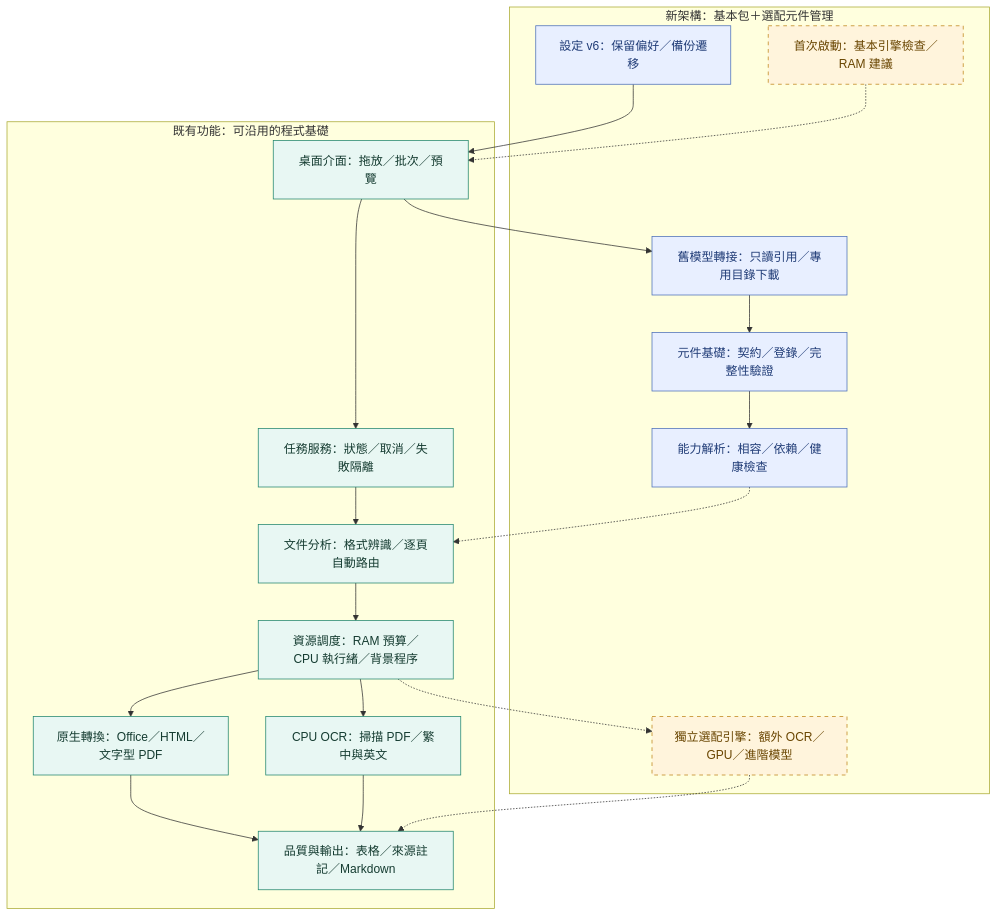
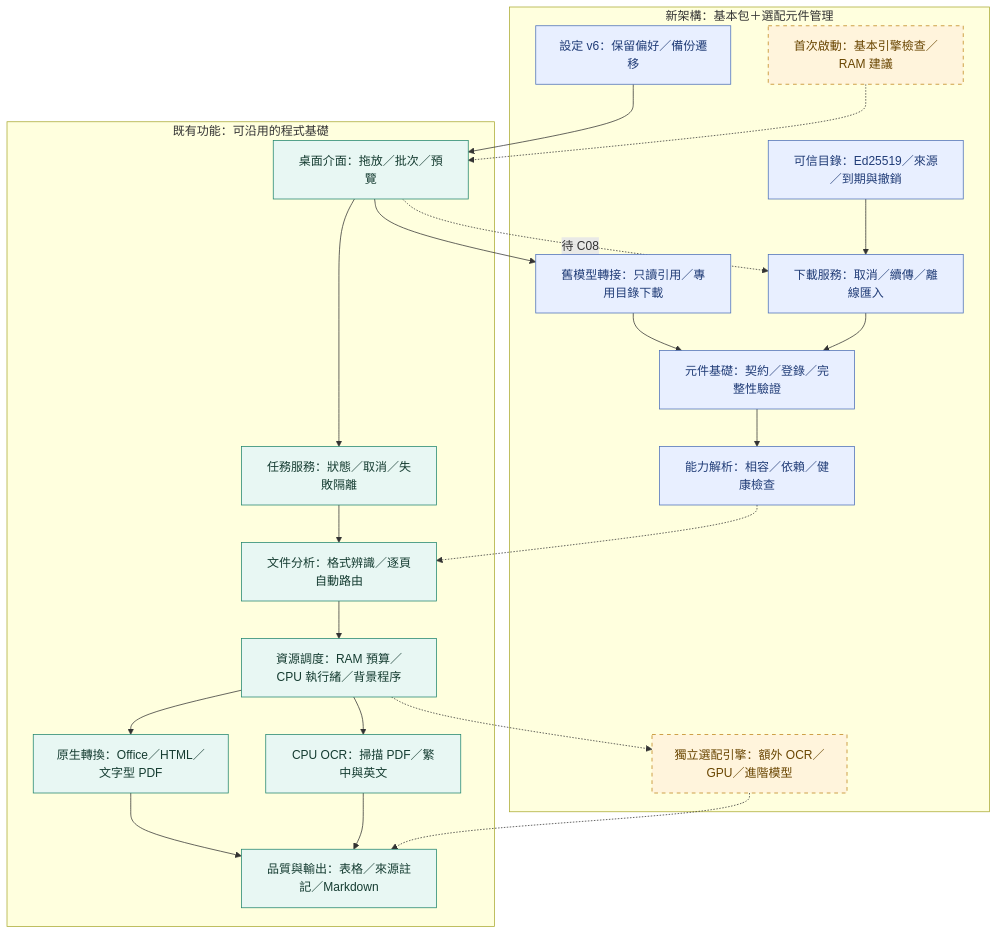
Before and after one commit to ChouTa-chuan/MarkItDown-exe: the diagram in README.md, drawn with Mermaid. The commit also changed other lines of this file and 45 other files, not shown here.

````diff
--- a/README.md
+++ b/README.md
@@ -21,34 +21,37 @@
 ```mermaid
 flowchart TD
     subgraph Existing["既有功能：可沿用的程式基礎"]
         UI["桌面介面：拖放／批次／預覽"] --> APP["任務服務：狀態／取消／失敗隔離"]
         APP --> PLAN["文件分析：格式辨識／逐頁自動路由"]
         PLAN --> RES["資源調度：RAM 預算／CPU 執行緒／背景程序"]
         RES --> NATIVE["原生轉換：Office／HTML／文字型 PDF"]
         RES --> OCR["CPU OCR：掃描 PDF／繁中與英文"]
         NATIVE --> QUALITY["品質與輸出：表格／來源註記／Markdown"]
         OCR --> QUALITY
     end
     subgraph Planned["新架構：基本包＋選配元件管理"]
         FIRST["首次啟動：基本引擎檢查／RAM 建議"]
         COMPONENTS["元件基礎：契約／登錄／完整性驗證"]
         CAPABILITY["能力解析：相容／依賴／健康檢查"]
         OPTIONAL["獨立選配引擎：額外 OCR／GPU／進階模型"]
         COMPONENTS --> CAPABILITY
         LEGACY["舊模型轉接：只讀引用／專用目錄下載"]
         PREFS["設定 v6：保留偏好／備份遷移"]
         LEGACY --> COMPONENTS
+        CATALOG["可信目錄：Ed25519／來源／到期與撤銷"] --> DOWNLOAD["下載服務：取消／續傳／離線匯入"]
+        DOWNLOAD --> COMPONENTS
     end
+    UI -.->|待 C08| DOWNLOAD
     UI --> LEGACY
     PREFS --> UI
     FIRST -.-> UI
     CAPABILITY -.-> PLAN
     RES -.-> OPTIONAL
     OPTIONAL -.-> QUALITY
     classDef existing fill:#e8f7f3,stroke:#21856d,color:#153c31;
     classDef foundation fill:#e8efff,stroke:#4c6fb8,color:#203c77;
-    class COMPONENTS,CAPABILITY,LEGACY,PREFS foundation;
+    class COMPONENTS,CAPABILITY,LEGACY,PREFS,CATALOG,DOWNLOAD foundation;
     classDef planned fill:#fff4dc,stroke:#be8519,color:#694500,stroke-dasharray:5 5;
     class UI,APP,PLAN,RES,NATIVE,OCR,QUALITY existing;
     class FIRST,OPTIONAL planned;
 ```
````
